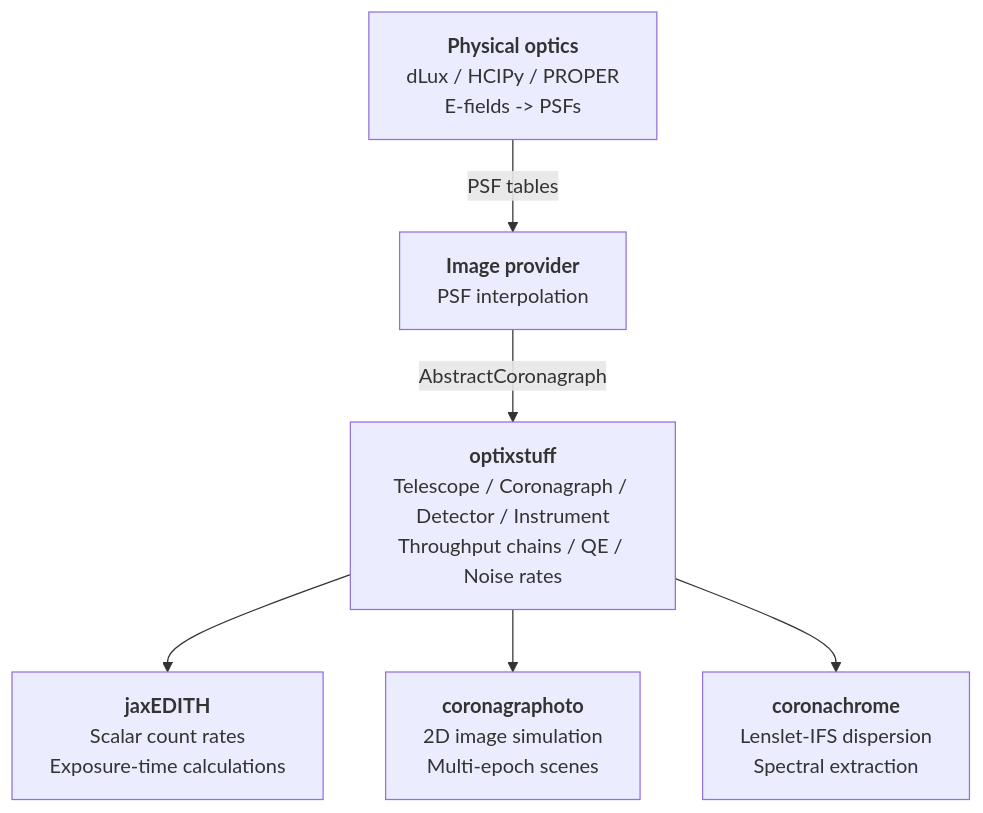
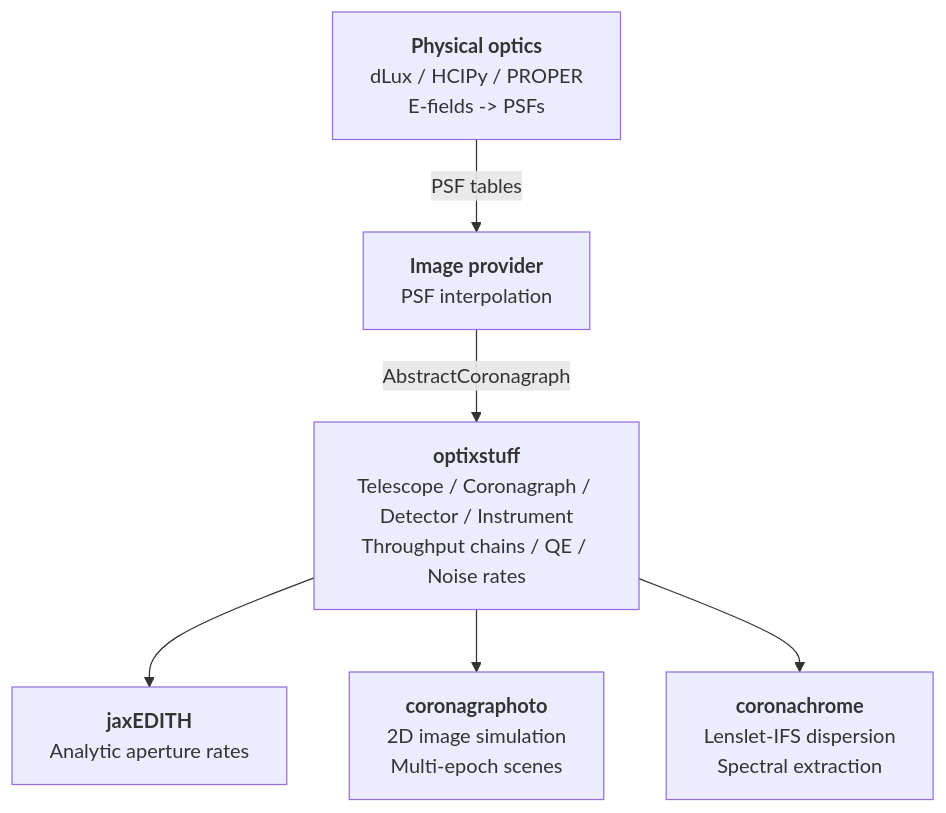
The diagram in README.md (CoreySpohn/optixstuff), drawn with Mermaid before and after one commit. The commit also changed other lines of this file and 3 other files, not shown here.

Commit message:
docs(calculator): describe S/N and exposure time here and rewrite the jaxEDITH consumer prose

````diff
--- a/README.md
+++ b/README.md
@@ -144,15 +149,15 @@
 ```mermaid
 flowchart TB
     physopt["<b>Physical optics</b><br/>dLux / HCIPy / PROPER<br/>E-fields -> PSFs"]
     provider["<b>Image provider</b><br/>PSF interpolation"]
     optix["<b>optixstuff</b><br/>Telescope / Coronagraph / Detector / Instrument<br/>Throughput chains / QE / Noise rates"]
-    jaxedith["<b>jaxEDITH</b><br/>Scalar count rates<br/>Exposure-time calculations"]
+    jaxedith["<b>jaxEDITH</b><br/>Analytic aperture rates"]
     corono["<b>coronagraphoto</b><br/>2D image simulation<br/>Multi-epoch scenes"]
     coronachrome["<b>coronachrome</b><br/>Lenslet-IFS dispersion<br/>Spectral extraction"]
 
     physopt -- PSF tables --> provider
     provider -- AbstractCoronagraph --> optix
     optix --> jaxedith
     optix --> corono
     optix --> coronachrome
 ```
````
